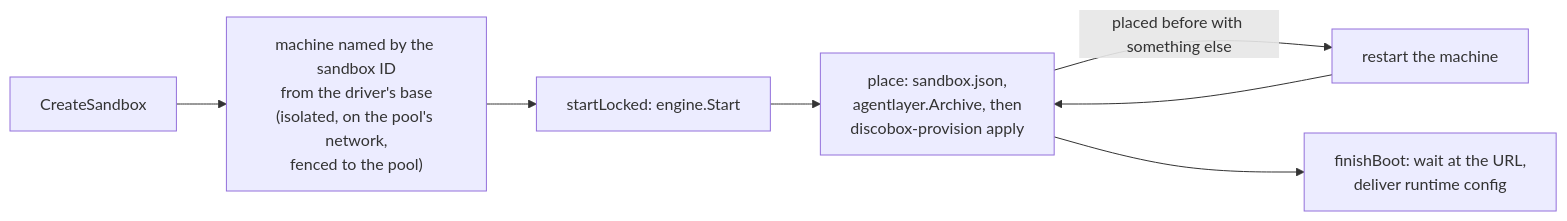
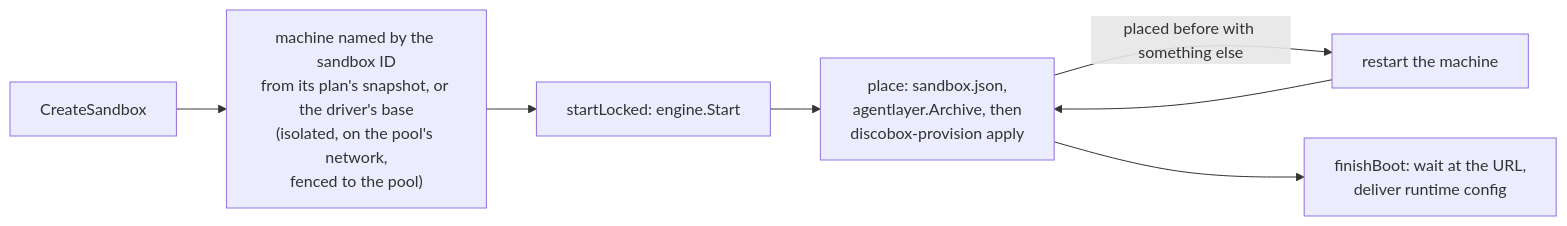
One commit to discobox-ai/discobox changed the fourth of 13 diagrams in pool-agent/DESIGN.md. Above: the diagram before and after it, drawn with Mermaid. The commit also changed other lines of this file and 45 other files, not shown here.

````diff
--- a/pool-agent/DESIGN.md
+++ b/pool-agent/DESIGN.md
@@ -944,9 +944,9 @@
 ```mermaid
 flowchart LR
-    create["CreateSandbox"] --> inst["machine named by the sandbox ID\nfrom the driver's base\n(isolated, on the pool's network,\nfenced to the pool)"]
+    create["CreateSandbox"] --> inst["machine named by the sandbox ID\nfrom its plan's snapshot, or the driver's base\n(isolated, on the pool's network,\nfenced to the pool)"]
     inst --> start["startLocked: engine.Start"]
     start --> place["place: sandbox.json,\nagentlayer.Archive, then\ndiscobox-provision apply"]
     place -->|"placed before with something else"| restart["restart the machine"]
     restart --> place
     place --> boot["finishBoot: wait at the URL,\ndeliver runtime config"]
 ```
````
